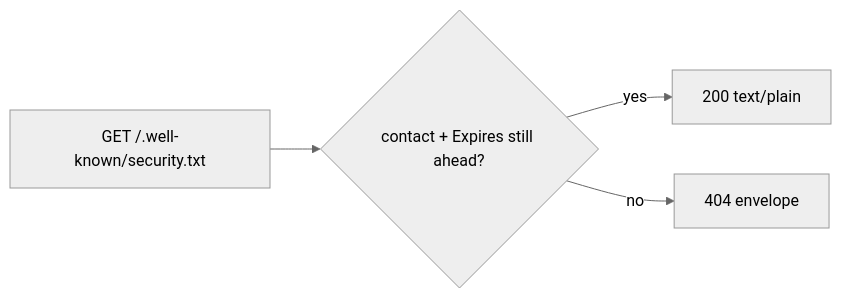
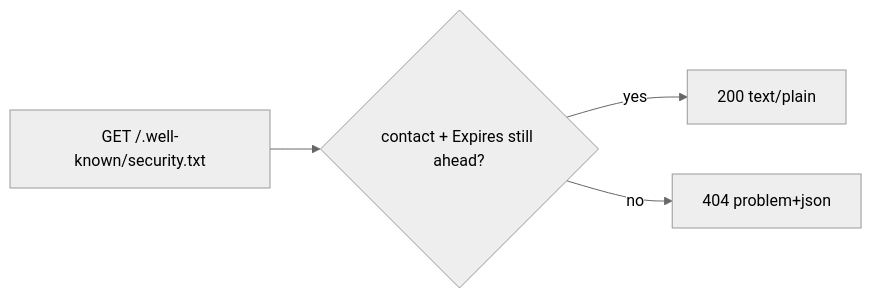
Before and after one commit to Guebbit/boilerplate-node-backend: the fourth of 4 diagrams in docs/tools/security.md, drawn with Mermaid (neutral theme). The commit also changed other lines of this file and 10 other files, not shown here.

````diff
--- a/docs/tools/security.md
+++ b/docs/tools/security.md
@@ -748,6 +749,6 @@
 ```mermaid
 flowchart LR
     R[GET /.well-known/security.txt] --> C{contact + Expires still ahead?}
     C -- yes --> T[200 text/plain]
-    C -- no --> N[404 envelope]
+    C -- no --> N[404 problem+json]
 ```
````
